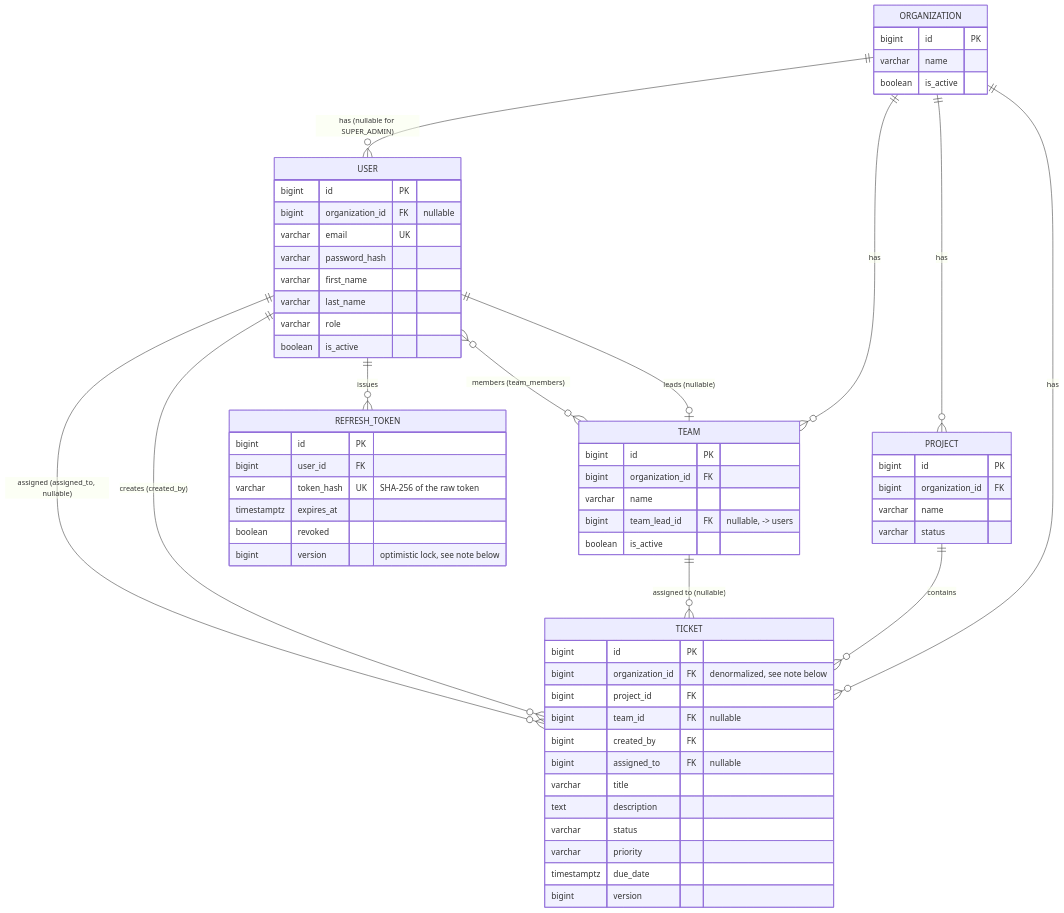
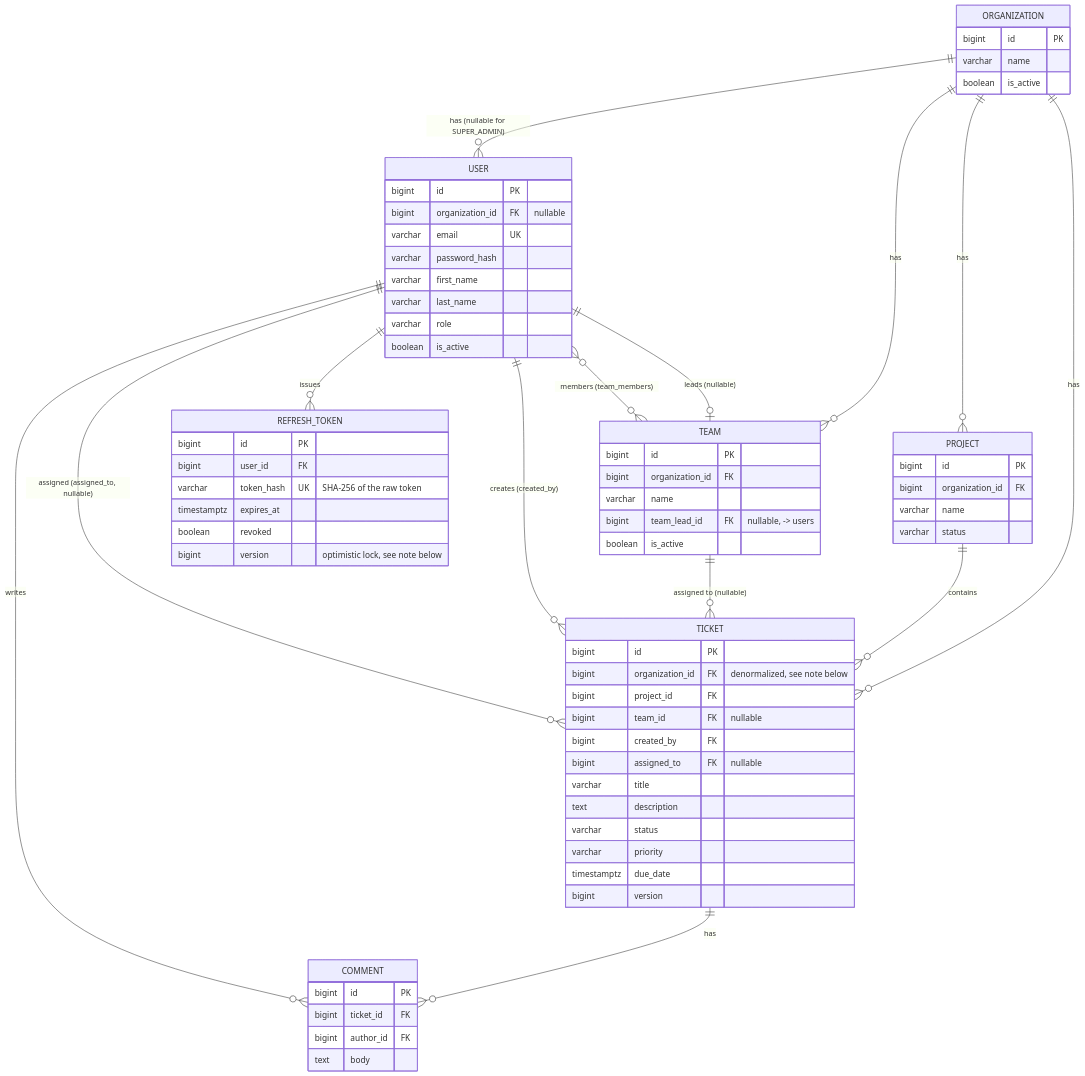
One commit to Sidharth-002/taskFlow changed the fifth of 5 diagrams in README.md. Above: the diagram before and after it, drawn with Mermaid. The commit also changed other lines of this file and 37 other files, not shown here.

````diff
--- a/README.md
+++ b/README.md
@@ -257,65 +366,73 @@
 ```mermaid
 erDiagram
     ORGANIZATION ||--o{ USER : "has (nullable for SUPER_ADMIN)"
     ORGANIZATION ||--o{ TEAM : has
     ORGANIZATION ||--o{ PROJECT : has
     ORGANIZATION ||--o{ TICKET : has
     PROJECT ||--o{ TICKET : contains
     TEAM ||--o{ TICKET : "assigned to (nullable)"
     TEAM }o--o{ USER : "members (team_members)"
     USER ||--o| TEAM : "leads (nullable)"
     USER ||--o{ TICKET : "creates (created_by)"
     USER ||--o{ TICKET : "assigned (assigned_to, nullable)"
 
     ORGANIZATION {
         bigint id PK
         varchar name
         boolean is_active
     }
     USER {
         bigint id PK
         bigint organization_id FK "nullable"
         varchar email UK
         varchar password_hash
         varchar first_name
         varchar last_name
         varchar role
         boolean is_active
     }
     TEAM {
         bigint id PK
         bigint organization_id FK
         varchar name
         bigint team_lead_id FK "nullable, -> users"
         boolean is_active
     }
     PROJECT {
         bigint id PK
         bigint organization_id FK
         varchar name
         varchar status
     }
     TICKET {
         bigint id PK
         bigint organization_id FK "denormalized, see note below"
         bigint project_id FK
         bigint team_id FK "nullable"
         bigint created_by FK
         bigint assigned_to FK "nullable"
         varchar title
         text description
         varchar status
         varchar priority
         timestamptz due_date
         bigint version
     }
     USER ||--o{ REFRESH_TOKEN : issues
     REFRESH_TOKEN {
         bigint id PK
         bigint user_id FK
         varchar token_hash UK "SHA-256 of the raw token"
         timestamptz expires_at
         boolean revoked
         bigint version "optimistic lock, see note below"
     }
+    TICKET ||--o{ COMMENT : has
+    USER ||--o{ COMMENT : writes
+    COMMENT {
+        bigint id PK
+        bigint ticket_id FK
+        bigint author_id FK
+        text body
+    }
 ```
````
